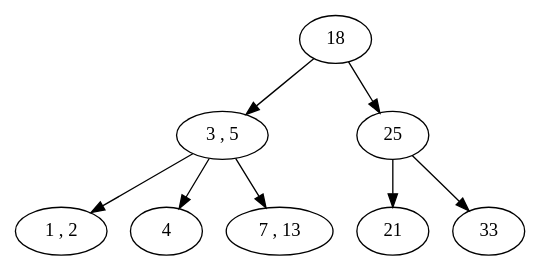
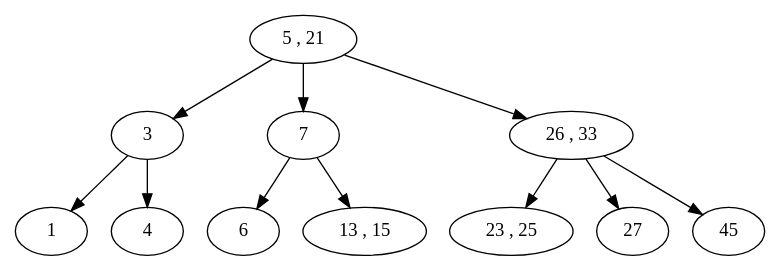
Before and after one commit to menellyn/algoritms: the diagram in lab_4b/tree.dot, drawn with Graphviz. The commit also changed 10 other files, not shown here.

```diff
--- a/lab_4b/tree.dot
+++ b/lab_4b/tree.dot
@@ -1,17 +1,23 @@
 digraph tree{
-"18" [label="18"] ;
-"18"->"3";
-"3" [label="3 , 5 "] ;
+"5" [label="5 , 21 "] ;
+"5"->"3";
+"3" [label="3"] ;
 "3"->"1";
-"1" [label="1 , 2 "] ;
+"1" [label="1"] ;
 "3"->"4";
 "4" [label="4"] ;
-"3"->"7";
-"7" [label="7 , 13 "] ;
-"18"->"25";
-"25" [label="25"] ;
-"25"->"21";
-"21" [label="21"] ;
-"25"->"33";
-"33" [label="33"] ;
+"5"->"7";
+"7" [label="7"] ;
+"7"->"6";
+"6" [label="6"] ;
+"7"->"13";
+"13" [label="13 , 15 "] ;
+"5"->"26";
+"26" [label="26 , 33 "] ;
+"26"->"23";
+"23" [label="23 , 25 "] ;
+"26"->"27";
+"27" [label="27"] ;
+"26"->"45";
+"45" [label="45"] ;
 }
```
